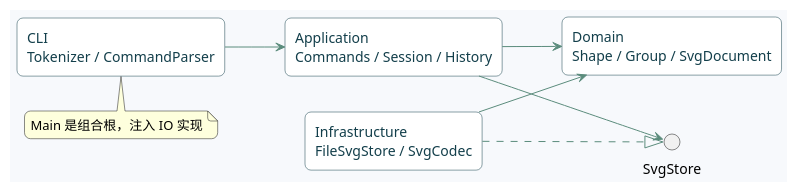
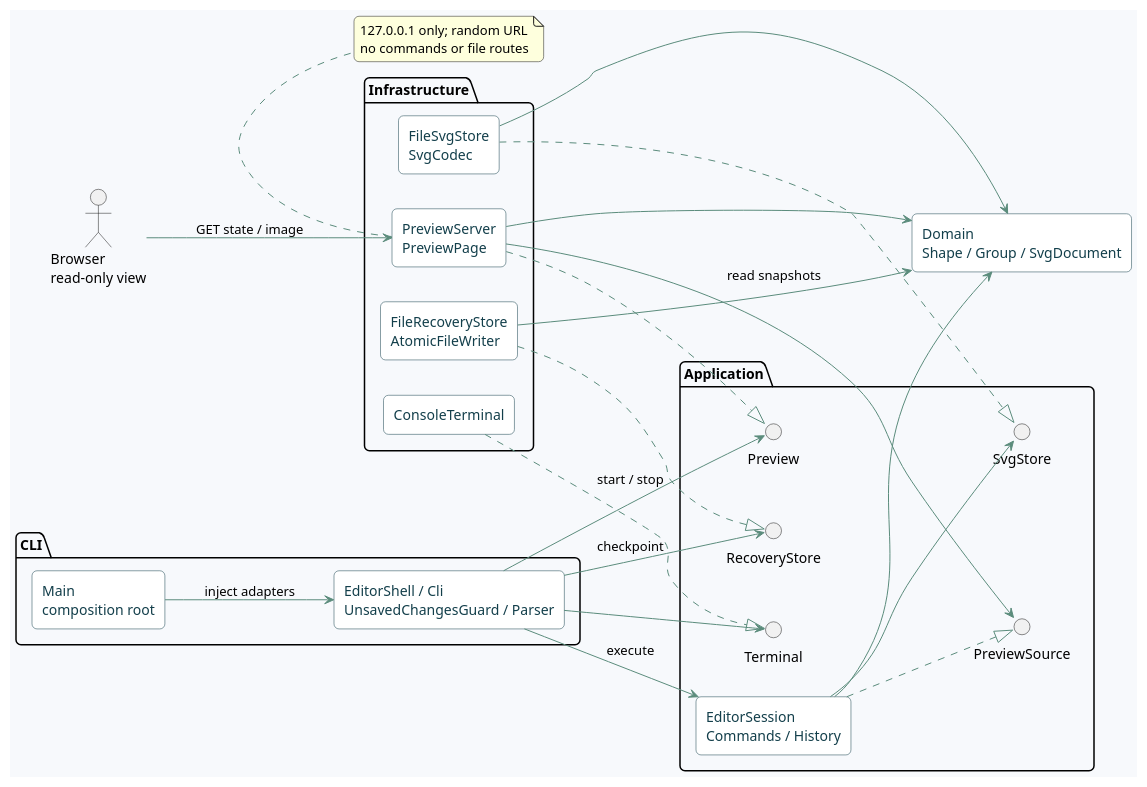
One commit to cqsh01/fudan-lab1-svg-editor changed the diagram in doc/architecture.puml. Above: the diagram before and after it, drawn with PlantUML. The commit also changed 14 other files, not shown here.

Commit message:
docs: synchronize architecture views, UML, workflow guides and acceptance records

```diff
--- a/doc/architecture.puml
+++ b/doc/architecture.puml
@@ -1,24 +1,49 @@
 @startuml
 skinparam backgroundColor #F7F9FC
 skinparam componentStyle rectangle
 skinparam shadowing false
-skinparam roundcorner 12
+skinparam roundcorner 10
 skinparam ArrowColor #5B8C7C
-skinparam component {
-  BackgroundColor #FFFFFF
-  BorderColor #133F4B
-  FontColor #133F4B
+skinparam componentBackgroundColor #FFFFFF
+skinparam componentBorderColor #133F4B
+skinparam componentFontColor #133F4B
+left to right direction
+package "CLI" {
+  component "Main\ncomposition root" as Main
+  component "EditorShell / Cli\nUnsavedChangesGuard / Parser" as CommandUI
 }
-left to right direction
-component "CLI\nTokenizer / CommandParser" as CLI
-component "Application\nCommands / Session / History" as App
+package "Application" {
+  component "EditorSession\nCommands / History" as App
+  interface "SvgStore" as Svg
+  interface "RecoveryStore" as Draft
+  interface "Terminal" as Term
+  interface "Preview" as View
+  interface "PreviewSource" as Source
+}
 component "Domain\nShape / Group / SvgDocument" as Domain
-interface "SvgStore" as Port
-component "Infrastructure\nFileSvgStore / SvgCodec" as IO
-CLI --> App
+package "Infrastructure" {
+  component "FileSvgStore\nSvgCodec" as IO
+  component "FileRecoveryStore\nAtomicFileWriter" as Recovery
+  component "ConsoleTerminal" as Console
+  component "PreviewServer\nPreviewPage" as HTTP
+}
+actor "Browser\nread-only view" as Browser
+Main --> CommandUI : inject adapters
+CommandUI --> App : execute
+CommandUI --> Term
+CommandUI --> Draft : checkpoint
+CommandUI --> View : start / stop
 App --> Domain
-App --> Port
-IO ..|> Port
+App --> Svg
+App ..|> Source
+IO ..|> Svg
 IO --> Domain
-note bottom of CLI : Main 是组合根，注入 IO 实现
+Recovery ..|> Draft
+Recovery --> Domain
+Console ..|> Term
+HTTP ..|> View
+HTTP --> Source : read snapshots
+HTTP --> Domain
+Browser --> HTTP : GET state / image
+note bottom of HTTP : 127.0.0.1 only; random URL\nno commands or file routes
 @enduml
```
